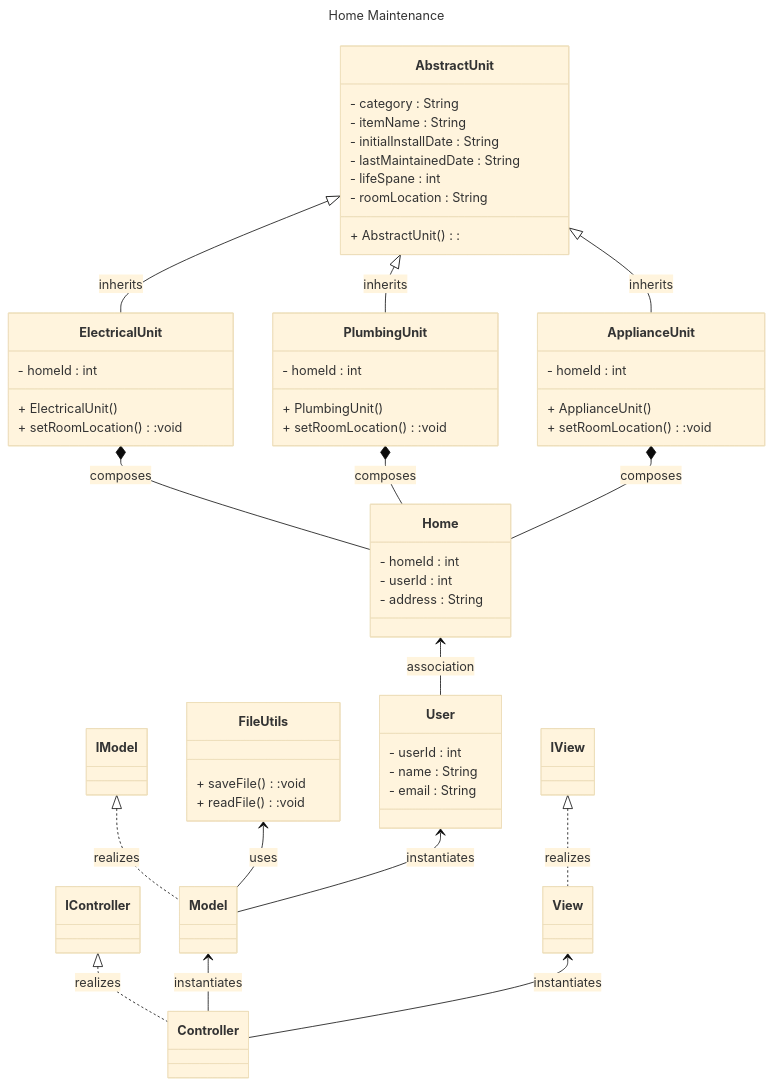
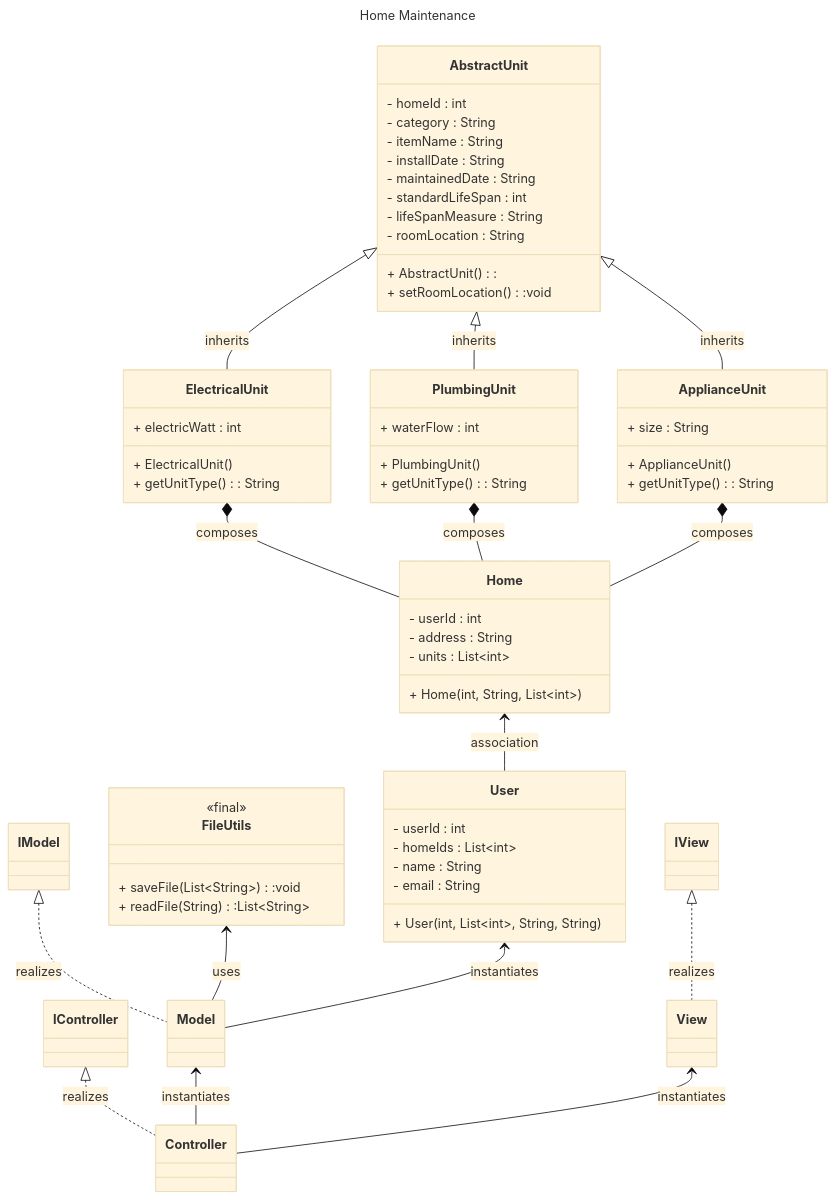
The diagram in DesignDocuments/DesignDocument.md (Sp25-CS5004-Online-Lionelle/final-project-group-4), drawn with Mermaid (base theme) before and after one commit.

Commit message:
design adjustment

````diff
--- a/DesignDocuments/DesignDocument.md
+++ b/DesignDocuments/DesignDocument.md
@@ -5,69 +5,76 @@
 ```mermaid
 ---
 title: Home Maintenance
 ---
 
 classDiagram
     direction TD
     IController <|.. Controller : realizes
     IView <|.. View : realizes
     IModel <|.. Model : realizes
     FileUtils <-- Model : uses
     Model <-- Controller : instantiates
     View <-- Controller : instantiates
     AbstractUnit <|-- ElectricalUnit : inherits
     AbstractUnit <|-- PlumbingUnit : inherits
     AbstractUnit <|-- ApplianceUnit : inherits
     ElectricalUnit *-- Home : composes
     PlumbingUnit *-- Home : composes
     ApplianceUnit *-- Home : composes
     Home <-- User : association
     User <-- Model : instantiates
 
     class FileUtils {
-        + saveFile():void
-        + readFile():void
+        <<final>>
+        + saveFile(List~String~):void
+        + readFile(String):List~String~
     }
 
     class AbstractUnit {
+        - homeId : int
         - category : String
         - itemName : String
-        - initialInstallDate : String
-        - lastMaintainedDate : String
-        - lifeSpane : int
+        - installDate : String
+        - maintainedDate : String
+        - standardLifeSpan : int
+        - lifeSpanMeasure : String
         - roomLocation : String
         + AbstractUnit():
+        + setRoomLocation():void
     }
 
     class ElectricalUnit {
-        - homeId : int
+        + electricWatt : int
         + ElectricalUnit()
-        + setRoomLocation():void
+        + getUnitType() : String
     }
 
     class PlumbingUnit {
-        - homeId : int
+        + waterFlow : int
         + PlumbingUnit()
-        + setRoomLocation():void
+        + getUnitType() : String
 
     }
 
     class ApplianceUnit {
-        - homeId : int
+        + size : String
         + ApplianceUnit()
-        + setRoomLocation():void
-
+        + getUnitType() : String
     }
 
     class User {
         - userId : int
+        - homeIds : List~int~
         - name : String
         - email : String
+        + User(int, List~int~, String, String)
     }
 
     class Home {
-        - homeId : int
         - userId : int
         - address : String
+        - units : List~int~
+        + Home(int, String, List~int~)
+
     }
 ```
````
